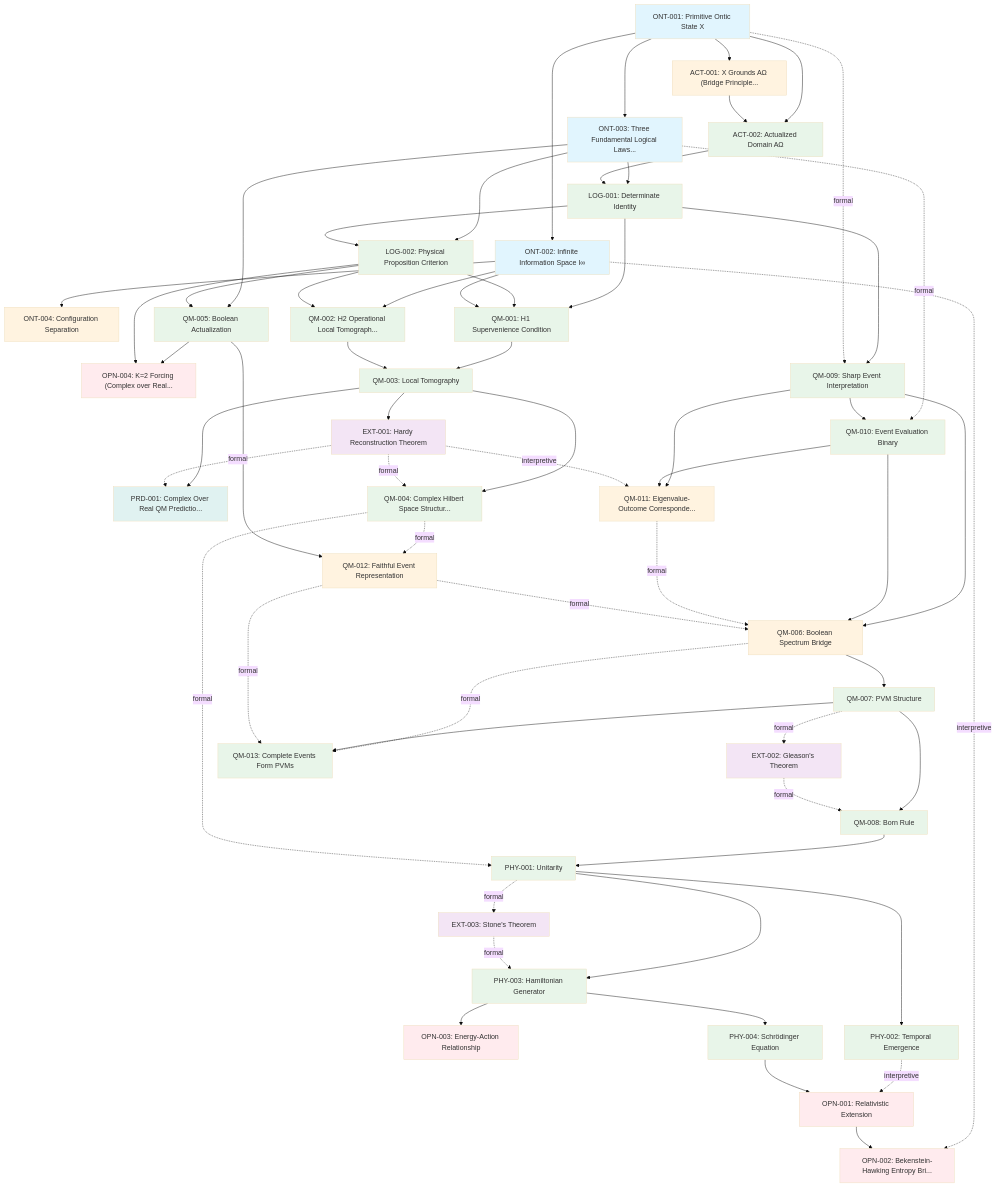
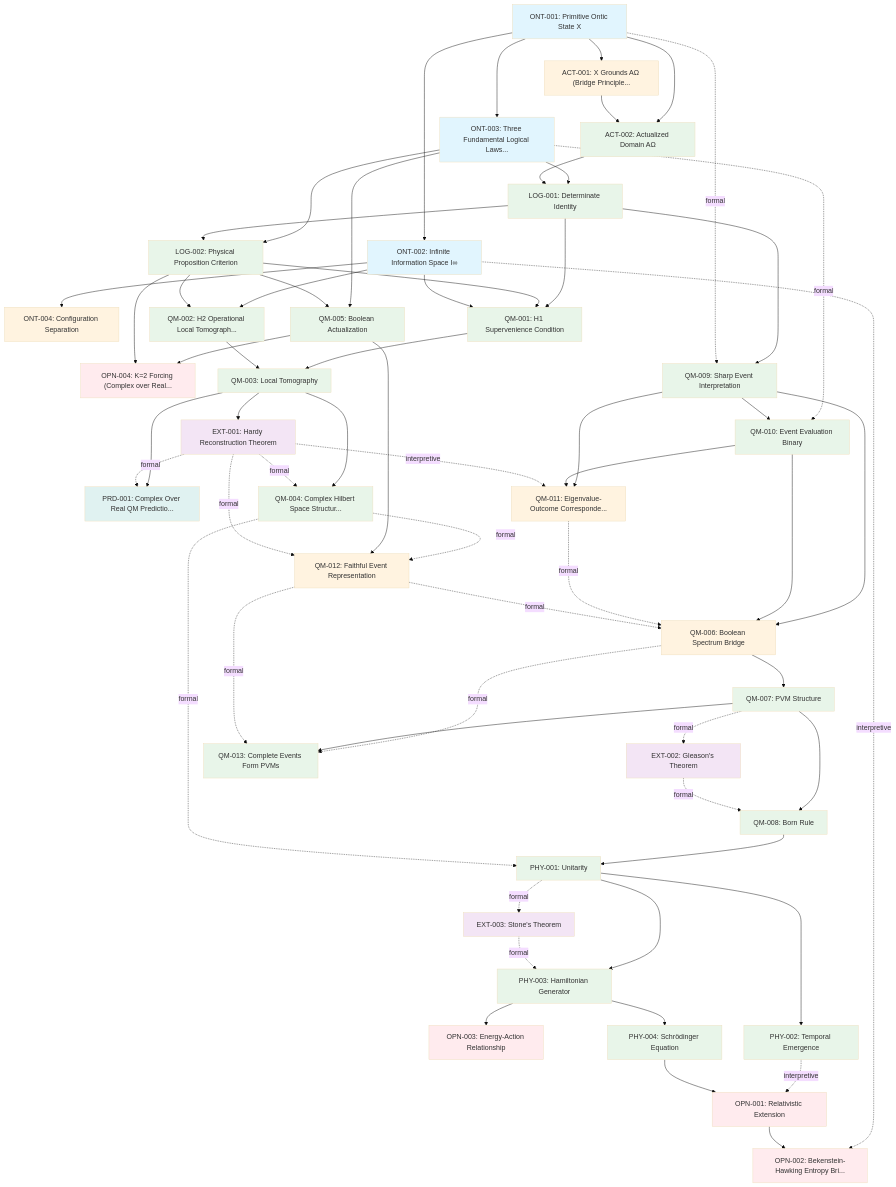
The diagram in traceability/generated/dependency-graph.mmd (jdlongmire/logic-realism-theory), drawn with Mermaid (base theme) before and after one commit. The commit also changed 19 other files, not shown here.

```diff
--- a/traceability/generated/dependency-graph.mmd
+++ b/traceability/generated/dependency-graph.mmd
@@ -1,131 +1,132 @@
 graph TD
     classDef primitive fill:#e1f5fe
     classDef bridge fill:#fff3e0
     classDef derived fill:#e8f5e9
     classDef imported fill:#f3e5f5
     classDef open fill:#ffebee
     classDef prediction fill:#e0f2f1
     ACT-001["ACT-001: X Grounds AΩ (Bridge Principle..."]
     ACT-002["ACT-002: Actualized Domain AΩ"]
     EXT-001["EXT-001: Hardy Reconstruction Theorem"]
     EXT-002["EXT-002: Gleason's Theorem"]
     EXT-003["EXT-003: Stone's Theorem"]
     LOG-001["LOG-001: Determinate Identity"]
     LOG-002["LOG-002: Physical Proposition Criterion"]
     ONT-001["ONT-001: Primitive Ontic State X"]
     ONT-002["ONT-002: Infinite Information Space I∞"]
     ONT-003["ONT-003: Three Fundamental Logical Laws..."]
     ONT-004["ONT-004: Configuration Separation"]
     OPN-001["OPN-001: Relativistic Extension"]
     OPN-002["OPN-002: Bekenstein-Hawking Entropy Bri..."]
     OPN-003["OPN-003: Energy-Action Relationship"]
     OPN-004["OPN-004: K=2 Forcing (Complex over Real..."]
     PHY-001["PHY-001: Unitarity"]
     PHY-002["PHY-002: Temporal Emergence"]
     PHY-003["PHY-003: Hamiltonian Generator"]
     PHY-004["PHY-004: Schrödinger Equation"]
     PRD-001["PRD-001: Complex Over Real QM Predictio..."]
     QM-001["QM-001: H1 Supervenience Condition"]
     QM-002["QM-002: H2 Operational Local Tomograph..."]
     QM-003["QM-003: Local Tomography"]
     QM-004["QM-004: Complex Hilbert Space Structur..."]
     QM-005["QM-005: Boolean Actualization"]
     QM-006["QM-006: Boolean Spectrum Bridge"]
     QM-007["QM-007: PVM Structure"]
     QM-008["QM-008: Born Rule"]
     QM-009["QM-009: Sharp Event Interpretation"]
     QM-010["QM-010: Event Evaluation Binary"]
     QM-011["QM-011: Eigenvalue-Outcome Corresponde..."]
     QM-012["QM-012: Faithful Event Representation"]
     QM-013["QM-013: Complete Events Form PVMs"]
     ONT-001 --> ACT-001
     ONT-001 --> ACT-002
     ACT-001 --> ACT-002
     QM-003 --> EXT-001
     QM-007 -.->|formal| EXT-002
     PHY-001 -.->|formal| EXT-003
     ONT-003 --> LOG-001
     ACT-002 --> LOG-001
     ONT-003 --> LOG-002
     LOG-001 --> LOG-002
     ONT-001 --> ONT-002
     ONT-001 --> ONT-003
     ONT-002 --> ONT-004
     PHY-002 -.->|interpretive| OPN-001
     PHY-004 --> OPN-001
     ONT-002 -.->|interpretive| OPN-002
     OPN-001 --> OPN-002
     PHY-003 --> OPN-003
     QM-005 --> OPN-004
     LOG-002 --> OPN-004
     QM-008 --> PHY-001
     QM-004 -.->|formal| PHY-001
     PHY-001 --> PHY-002
     PHY-001 --> PHY-003
     EXT-003 -.->|formal| PHY-003
     PHY-003 --> PHY-004
     QM-003 --> PRD-001
     EXT-001 -.->|formal| PRD-001
     LOG-001 --> QM-001
     LOG-002 --> QM-001
     ONT-002 --> QM-001
     ONT-002 --> QM-002
     LOG-002 --> QM-002
     QM-001 --> QM-003
     QM-002 --> QM-003
     QM-003 --> QM-004
     EXT-001 -.->|formal| QM-004
     ONT-003 --> QM-005
     LOG-002 --> QM-005
     QM-009 --> QM-006
     QM-010 --> QM-006
     QM-011 -.->|formal| QM-006
     QM-012 -.->|formal| QM-006
     QM-006 --> QM-007
     QM-007 --> QM-008
     EXT-002 -.->|formal| QM-008
     LOG-001 --> QM-009
     ONT-001 -.->|formal| QM-009
     ONT-003 -.->|formal| QM-010
     QM-009 --> QM-010
     QM-009 --> QM-011
     QM-010 --> QM-011
     EXT-001 -.->|interpretive| QM-011
     QM-004 -.->|formal| QM-012
     QM-005 --> QM-012
+    EXT-001 -.->|formal| QM-012
     QM-006 -.->|formal| QM-013
     QM-007 --> QM-013
     QM-012 -.->|formal| QM-013
     class ACT-001 bridge
     class ACT-002 derived
     class EXT-001 imported
     class EXT-002 imported
     class EXT-003 imported
     class LOG-001 derived
     class LOG-002 derived
     class ONT-001 primitive
     class ONT-002 primitive
     class ONT-003 primitive
     class ONT-004 bridge
     class OPN-001 open
     class OPN-002 open
     class OPN-003 open
     class OPN-004 open
     class PHY-001 derived
     class PHY-002 derived
     class PHY-003 derived
     class PHY-004 derived
     class PRD-001 prediction
     class QM-001 derived
     class QM-002 derived
     class QM-003 derived
     class QM-004 derived
     class QM-005 derived
     class QM-006 bridge
     class QM-007 derived
     class QM-008 derived
     class QM-009 derived
     class QM-010 derived
     class QM-011 bridge
     class QM-012 bridge
     class QM-013 derived
```
